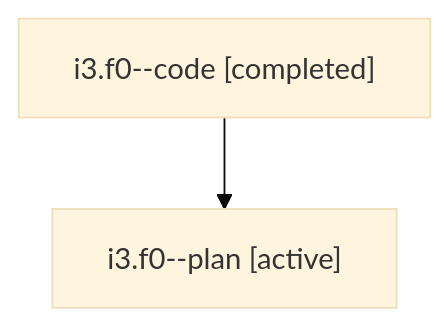
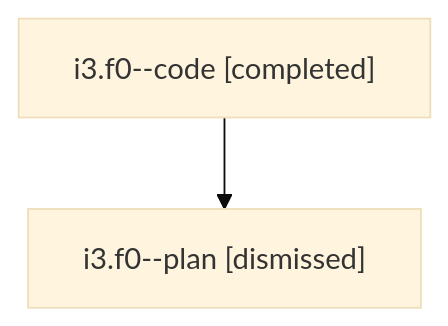
Before and after one commit to sase-org/sase--agents: the diagram in sessions/bbugyi200.athena.i3.f0.md, drawn with Mermaid (base theme). The commit also changed other lines of this file and 34 other files, not shown here.

````diff
--- a/sessions/bbugyi200.athena.i3.f0.md
+++ b/sessions/bbugyi200.athena.i3.f0.md
@@ -9,6 +9,6 @@
 ```mermaid
 flowchart TD
   n0["i3.f0--code [completed]"]
-  n1["i3.f0--plan [active]"]
+  n1["i3.f0--plan [dismissed]"]
   n0 --> n1
 ```
````
